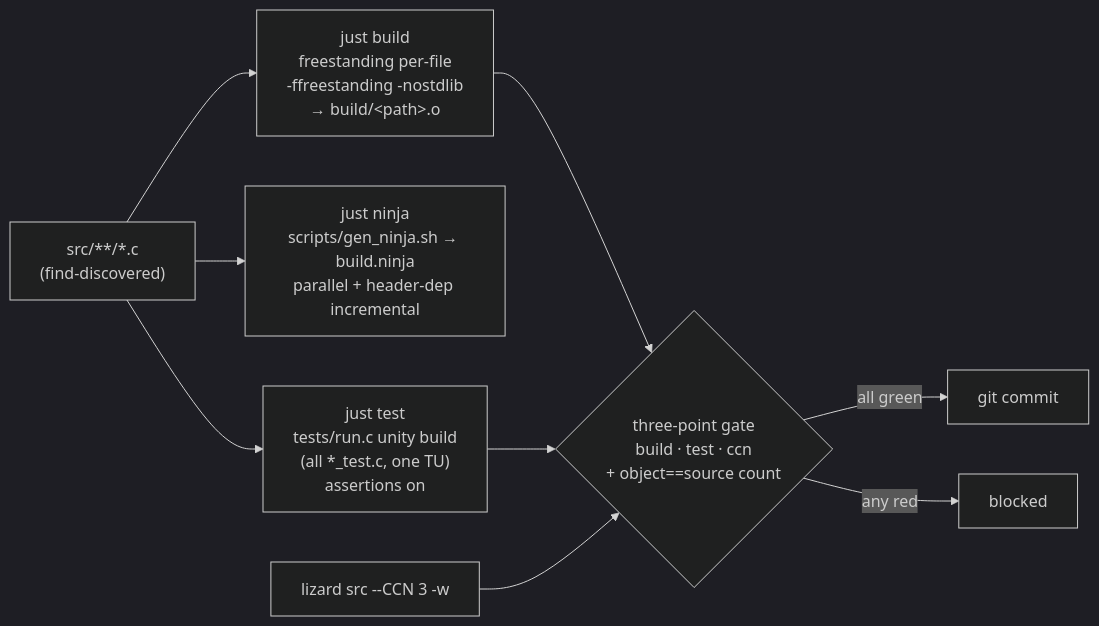
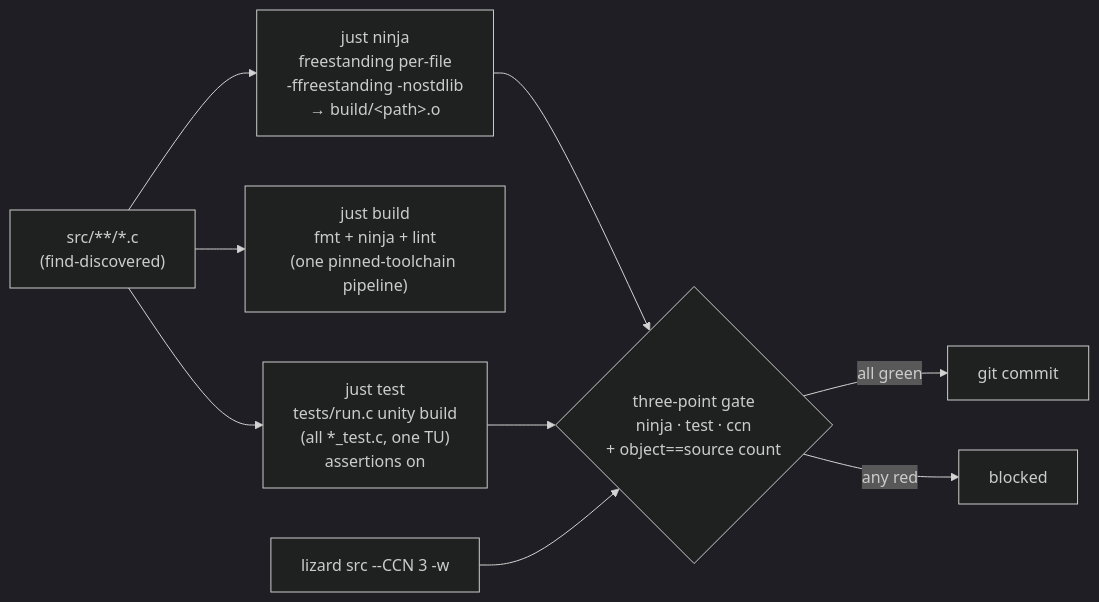
The second of 4 diagrams in docs/development.md (Hakkadaikon/wired), drawn with Mermaid (dark theme) before and after one commit. The commit also changed other lines of this file and 6 other files, not shown here.

````diff
--- a/docs/development.md
+++ b/docs/development.md
@@ -72,16 +72,16 @@
 ```mermaid
 flowchart LR
     src["src/**/*.c<br/>(find-discovered)"]
 
-    src --> build["just build<br/>freestanding per-file<br/>-ffreestanding -nostdlib<br/>→ build/&lt;path&gt;.o"]
-    src --> ninja["just ninja<br/>scripts/gen_ninja.sh → build.ninja<br/>parallel + header-dep incremental"]
+    src --> ninja["just ninja<br/>freestanding per-file<br/>-ffreestanding -nostdlib<br/>→ build/&lt;path&gt;.o"]
+    src --> build["just build<br/>fmt + ninja + lint<br/>(one pinned-toolchain pipeline)"]
     src --> test["just test<br/>tests/run.c unity build<br/>(all *_test.c, one TU)<br/>assertions on"]
 
-    build --> gate
+    ninja --> gate
     test --> gate
     ccn["lizard src --CCN 3 -w"] --> gate
 
-    gate{"three-point gate<br/>build · test · ccn<br/>+ object==source count"}
+    gate{"three-point gate<br/>ninja · test · ccn<br/>+ object==source count"}
     gate -->|all green| commit["git commit"]
     gate -->|any red| stop["blocked"]
 ```
````
